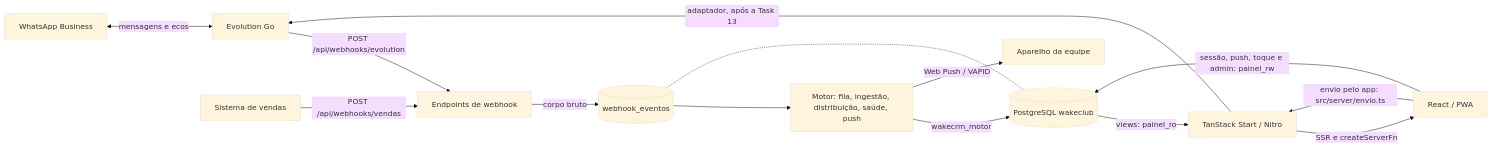
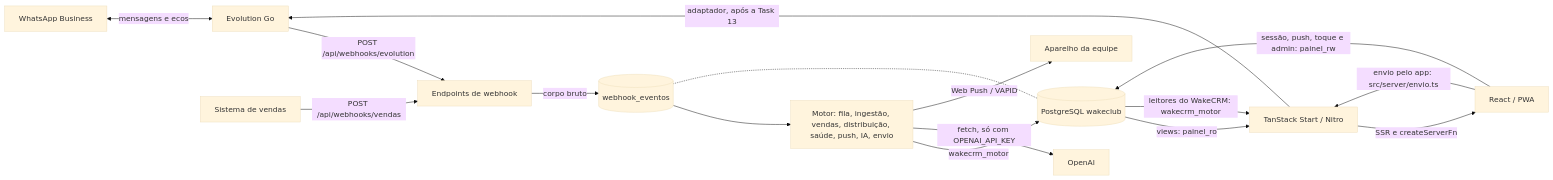
The first of 2 diagrams in docs/architecture.md (felip2ee/dash-wakeclub-crm-wpp), drawn with Mermaid (base theme) before and after one commit. The commit also changed other lines of this file and 15 other files, not shown here.

````diff
--- a/docs/architecture.md
+++ b/docs/architecture.md
@@ -38,16 +44,18 @@
 ```mermaid
 flowchart LR
   WA[WhatsApp Business] <-->|mensagens e ecos| EV[Evolution Go]
   EV -->|POST /api/webhooks/evolution| WH[Endpoints de webhook]
   VEN[Sistema de vendas] -->|POST /api/webhooks/vendas| WH
   WH -->|corpo bruto| FILA[(webhook_eventos)]
-  FILA --> MOTOR[Motor: fila, ingestão, distribuição, saúde, push]
+  FILA --> MOTOR[Motor: fila, ingestão, vendas, distribuição, saúde, push, IA, envio]
   MOTOR -->|wakecrm_motor| PG[(PostgreSQL wakeclub)]
+  MOTOR -->|fetch, só com OPENAI_API_KEY| OAI[OpenAI]
   FILA -.- PG
   PG -->|views: painel_ro| SERVER[TanStack Start / Nitro]
+  PG -->|leitores do WakeCRM: wakecrm_motor| SERVER
   SERVER -->|SSR e createServerFn| WEB[React / PWA]
   WEB -->|sessão, push, toque e admin: painel_rw| PG
   WEB -->|envio pelo app: src/server/envio.ts| SERVER
   SERVER -->|adaptador, após a Task 13| EV
   MOTOR -->|Web Push / VAPID| DEVICE[Aparelho da equipe]
 ```
````
